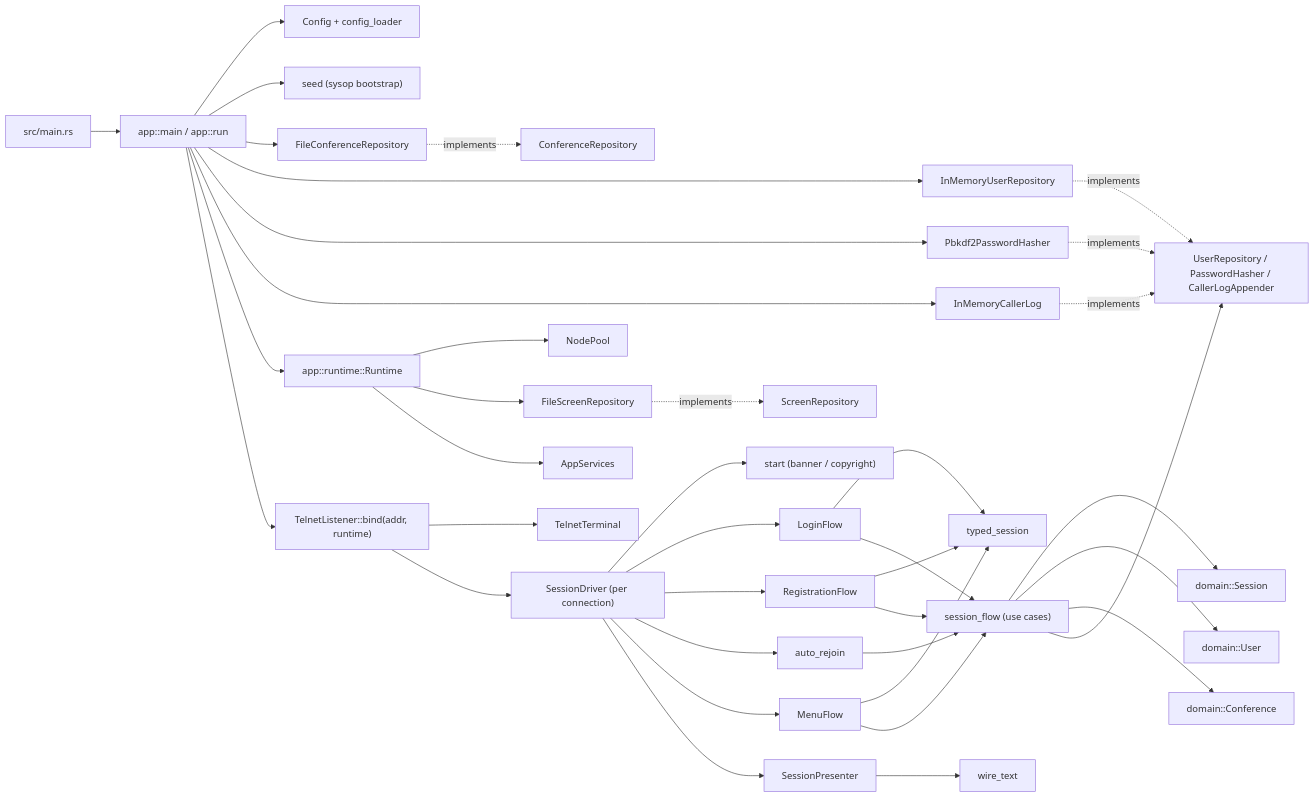
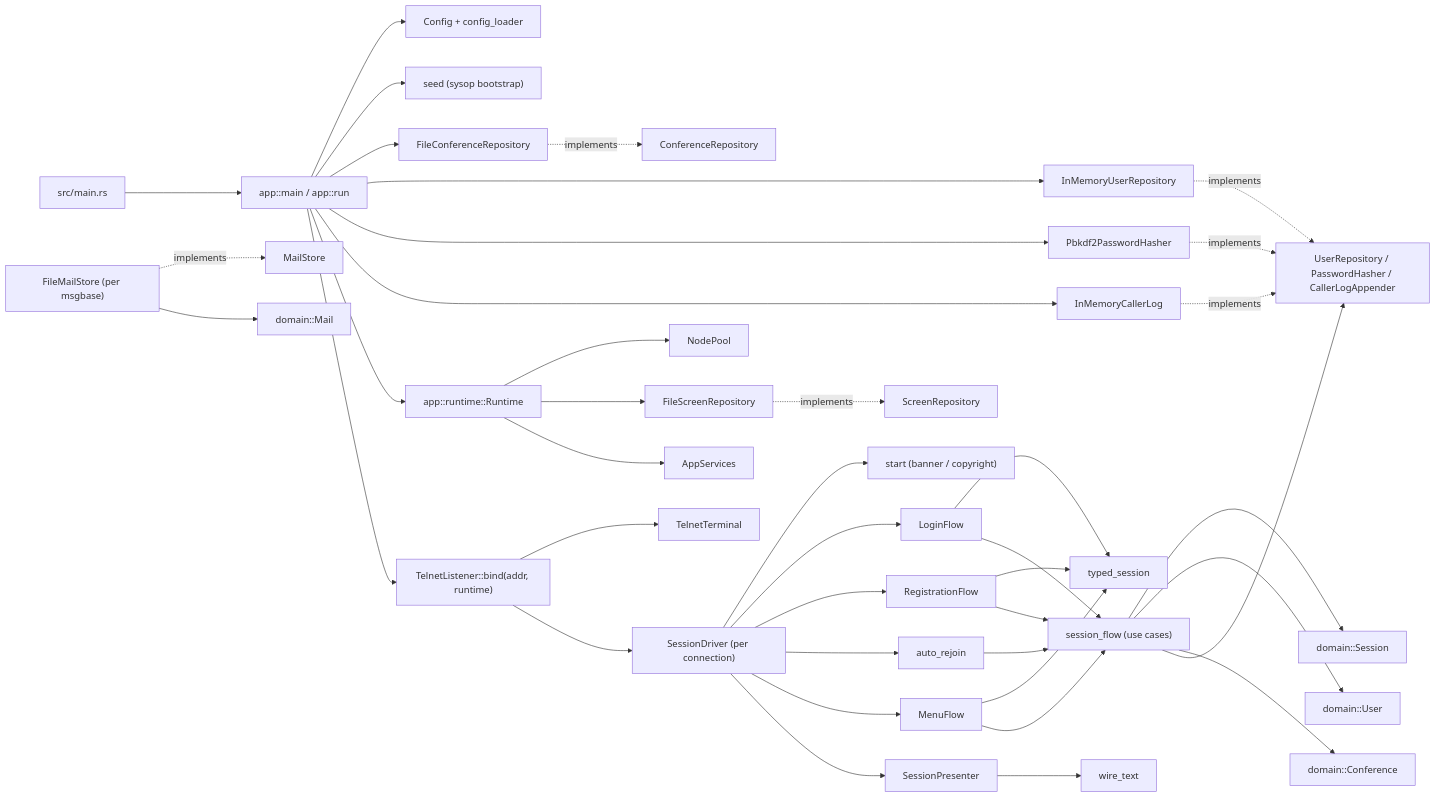
The diagram in SYSTEM.md (pingles/nextexpress), drawn with Mermaid before and after one commit. The commit also changed other lines of this file and 8 other files, not shown here.

First line of the commit message:
Slice 37: Mail entity + on-disk message store

````diff
--- a/SYSTEM.md
+++ b/SYSTEM.md
@@ -21,47 +23,50 @@
 ```mermaid
 flowchart LR
     Main["src/main.rs"] --> AppRun["app::main / app::run"]
 
     AppRun --> Config["Config + config_loader"]
     AppRun --> Seed["seed (sysop bootstrap)"]
     AppRun --> ConfRepo["FileConferenceRepository"]
     AppRun --> UserRepo["InMemoryUserRepository"]
     AppRun --> Hasher["Pbkdf2PasswordHasher"]
     AppRun --> CallerLog["InMemoryCallerLog"]
     AppRun --> Runtime["app::runtime::Runtime"]
 
     Runtime --> NodePool["NodePool"]
     Runtime --> Screens["FileScreenRepository"]
     Runtime --> Services["AppServices"]
 
     AppRun --> Telnet["TelnetListener::bind(addr, runtime)"]
     Telnet --> Terminal["TelnetTerminal"]
     Telnet --> Driver["SessionDriver (per connection)"]
 
     Driver --> Start["start (banner / copyright)"]
     Driver --> Login["LoginFlow"]
     Driver --> Registration["RegistrationFlow"]
     Driver --> AutoRejoin["auto_rejoin"]
     Driver --> Menu["MenuFlow"]
     Driver --> Presenter["SessionPresenter"]
 
     Login --> Typed["typed_session"]
     Registration --> Typed
     Menu --> Typed
     Login --> Flow["session_flow (use cases)"]
     Registration --> Flow
     Menu --> Flow
     AutoRejoin --> Flow
     Presenter --> WireText["wire_text"]
 
     Flow --> DomainSession["domain::Session"]
     Flow --> DomainUser["domain::User"]
     Flow --> DomainConference["domain::Conference"]
     Flow --> Ports["UserRepository / PasswordHasher / CallerLogAppender"]
 
     ConfRepo -.implements.-> ConfPort["ConferenceRepository"]
     UserRepo -.implements.-> Ports
     Hasher -.implements.-> Ports
     CallerLog -.implements.-> Ports
     Screens -.implements.-> ScreenPort["ScreenRepository"]
+
+    MailStore["FileMailStore (per msgbase)"] -.implements.-> MailPort["MailStore"]
+    MailStore --> Mail["domain::Mail"]
 ```
````
